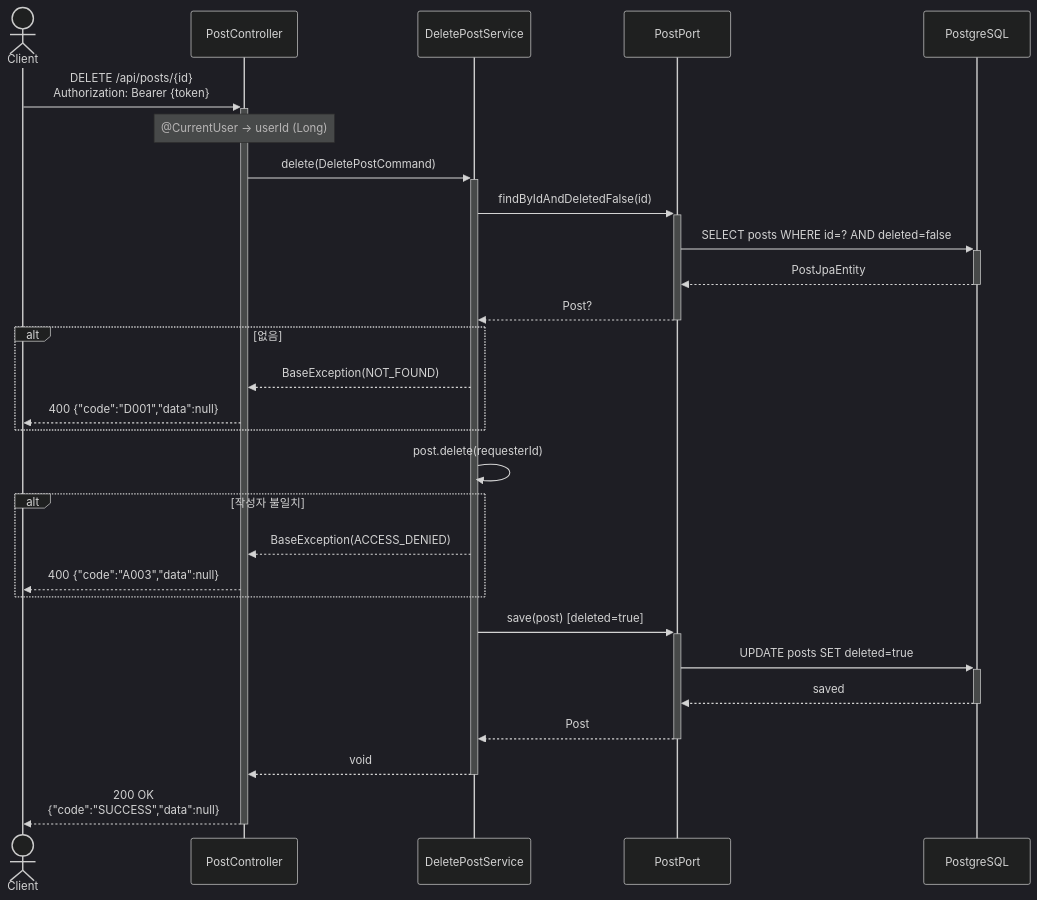
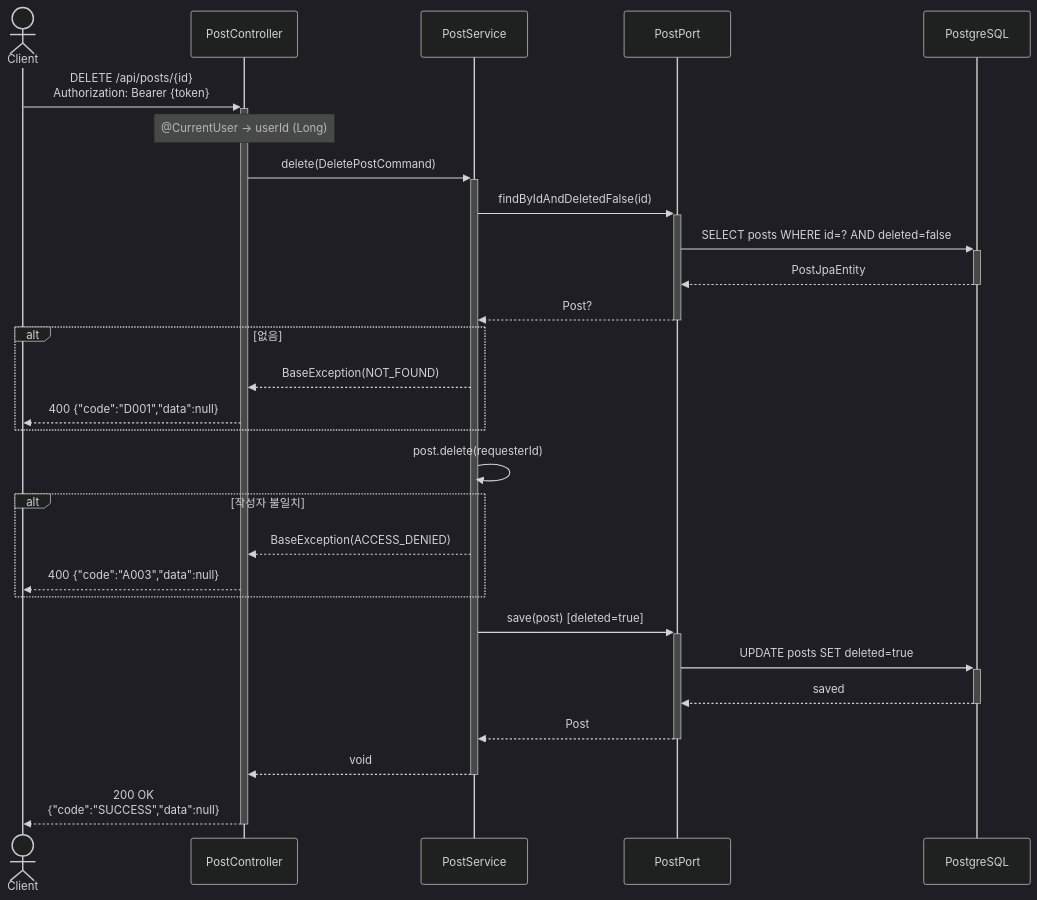
Before and after one commit to GoToOOP2/OOP: the seventh of 8 diagrams in docs/architecture/Post 설계문서.md, drawn with Mermaid (dark theme). The commit also changed other lines of this file, not shown here.

Commit message:
docs : 설계 문서 시퀀스 다이어그램 PostService 통합 반영

````diff
--- a/docs/architecture/Post 설계문서.md
+++ b/docs/architecture/Post 설계문서.md
@@ -247,31 +247,31 @@
 ```mermaid
 sequenceDiagram
     actor Client
     participant C as PostController
-    participant S as DeletePostService
+    participant S as PostService
     participant PP as PostPort
     participant DB as PostgreSQL
 
     Client ->>+ C: DELETE /api/posts/{id}<br/>Authorization: Bearer {token}
     Note over C: @CurrentUser → userId (Long)
     C ->>+ S: delete(DeletePostCommand)
     S ->>+ PP: findByIdAndDeletedFalse(id)
     PP ->>+ DB: SELECT posts WHERE id=? AND deleted=false
     DB -->>- PP: PostJpaEntity
     PP -->>- S: Post?
     alt 없음
         S -->> C: BaseException(NOT_FOUND)
         C -->> Client: 400 {"code":"D001","data":null}
     end
     S ->> S: post.delete(requesterId)
     alt 작성자 불일치
         S -->> C: BaseException(ACCESS_DENIED)
         C -->> Client: 400 {"code":"A003","data":null}
     end
     S ->>+ PP: save(post) [deleted=true]
     PP ->>+ DB: UPDATE posts SET deleted=true
     DB -->>- PP: saved
     PP -->>- S: Post
     S -->>- C: void
     C -->>- Client: 200 OK<br/>{"code":"SUCCESS","data":null}
 ```
````
